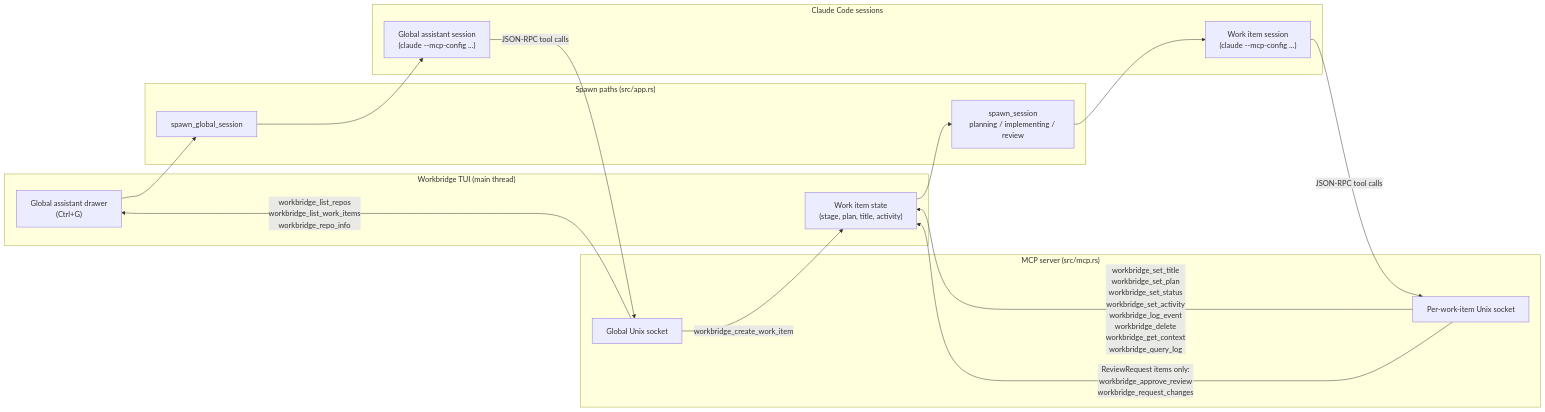
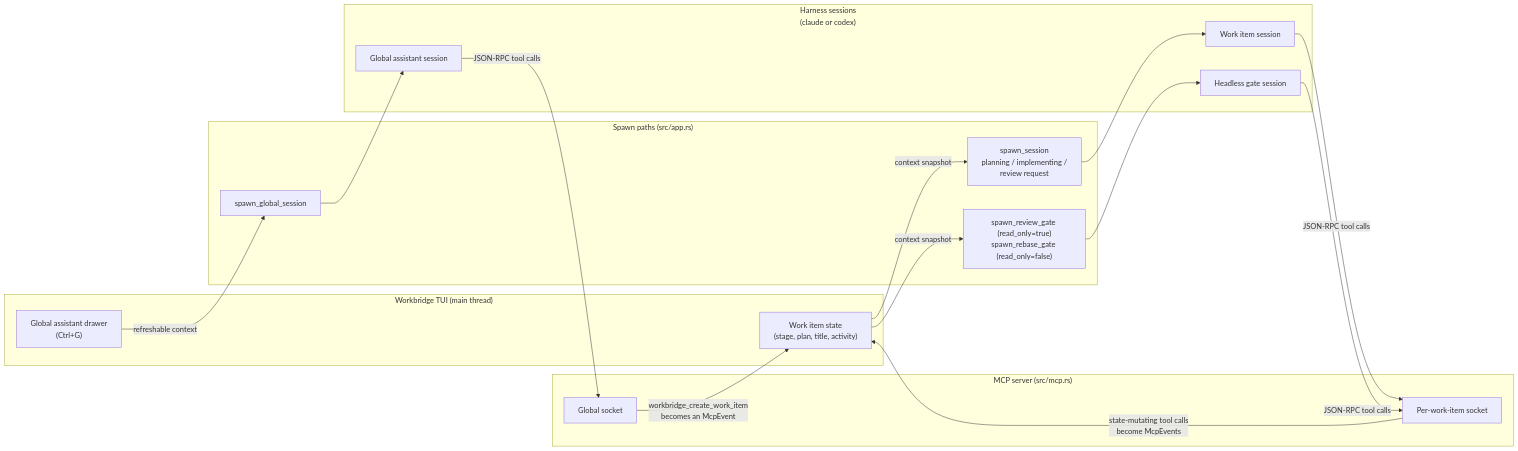
Before and after one commit to jkirsteins/workbridge: the second of 2 diagrams in README.md, drawn with Mermaid. The commit also changed other lines of this file, not shown here.

First line of the commit message:
Address principled review: harness-neutrality and per-session tool accuracy

````diff
--- a/README.md
+++ b/README.md
@@ -146,34 +163,38 @@
 ```mermaid
 flowchart LR
     subgraph TUI["Workbridge TUI (main thread)"]
         State["Work item state<br/>(stage, plan, title, activity)"]
         Drawer["Global assistant drawer<br/>(Ctrl+G)"]
     end
 
     subgraph Spawn["Spawn paths (src/app.rs)"]
-        SS["spawn_session<br/>planning / implementing / review"]
+        SS["spawn_session<br/>planning / implementing /<br/>review request"]
+        SR["spawn_review_gate (read_only=true)<br/>spawn_rebase_gate (read_only=false)"]
         SG["spawn_global_session"]
     end
 
-    subgraph Sessions["Claude Code sessions"]
-        WiSession["Work item session<br/>(claude --mcp-config ...)"]
-        GaSession["Global assistant session<br/>(claude --mcp-config ...)"]
+    subgraph Sessions["Harness sessions<br/>(claude or codex)"]
+        WiSession["Work item session"]
+        GateSession["Headless gate session"]
+        GaSession["Global assistant session"]
     end
 
     subgraph Mcp["MCP server (src/mcp.rs)"]
-        WiSock["Per-work-item Unix socket"]
-        GaSock["Global Unix socket"]
+        WiSock["Per-work-item socket"]
+        GaSock["Global socket"]
     end
 
-    State --> SS --> WiSession
-    Drawer --> SG --> GaSession
+    State -- "context snapshot" --> SS
+    State -- "context snapshot" --> SR
+    Drawer -- "refreshable context" --> SG
+    SS --> WiSession
+    SR --> GateSession
+    SG --> GaSession
 
     WiSession -- "JSON-RPC tool calls" --> WiSock
+    GateSession -- "JSON-RPC tool calls" --> WiSock
     GaSession -- "JSON-RPC tool calls" --> GaSock
 
-    WiSock -- "workbridge_set_title<br/>workbridge_set_plan<br/>workbridge_set_status<br/>workbridge_set_activity<br/>workbridge_log_event<br/>workbridge_delete<br/>workbridge_get_context<br/>workbridge_query_log" --> State
-    WiSock -- "ReviewRequest items only:<br/>workbridge_approve_review<br/>workbridge_request_changes" --> State
-
-    GaSock -- "workbridge_list_repos<br/>workbridge_list_work_items<br/>workbridge_repo_info" --> Drawer
-    GaSock -- "workbridge_create_work_item" --> State
+    WiSock -- "state-mutating tool calls<br/>become McpEvents" --> State
+    GaSock -- "workbridge_create_work_item<br/>becomes an McpEvent" --> State
 ```
````
